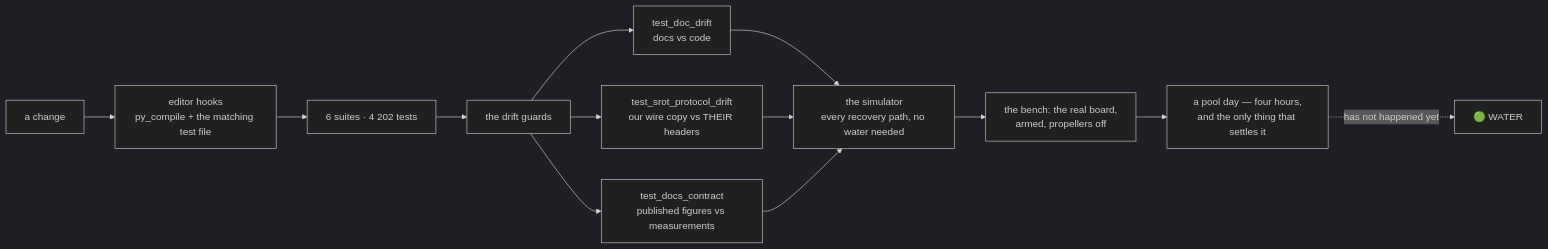
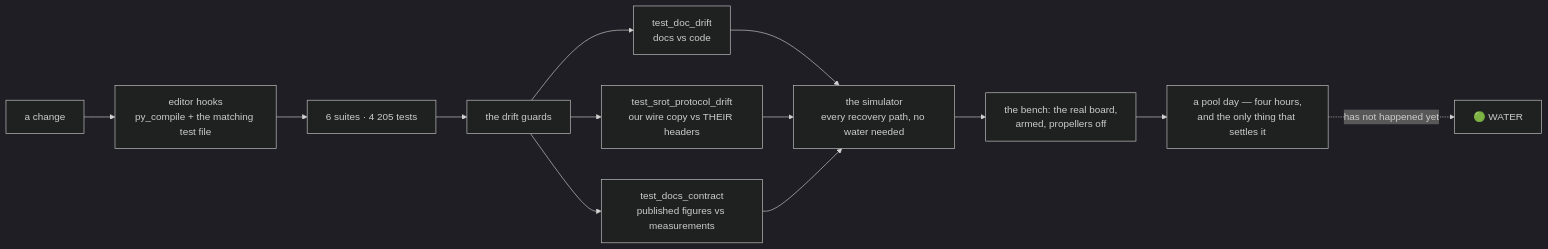
The ninth of 10 diagrams in README.md (fh1m/mongla_ws), drawn with Mermaid (dark theme) before and after one commit. The commit also changed other lines of this file and 3 other files, not shown here.

````diff
--- a/README.md
+++ b/README.md
@@ -752,15 +752,15 @@
 ```mermaid
 flowchart LR
     DEV["a change"] --> HOOK["editor hooks<br/>py_compile + the matching test file"]
-    HOOK --> UNIT["6 suites · 4 202 tests"]
+    HOOK --> UNIT["6 suites · 4 205 tests"]
     UNIT --> GUARD["the drift guards"]
     GUARD --> G1["test_doc_drift<br/>docs vs code"]
     GUARD --> G2["test_srot_protocol_drift<br/>our wire copy vs THEIR headers"]
     GUARD --> G3["test_docs_contract<br/>published figures vs measurements"]
     G1 --> SIM["the simulator<br/>every recovery path, no water needed"]
     G2 --> SIM
     G3 --> SIM
     SIM --> BENCH["the bench: the real board,<br/>armed, propellers off"]
     BENCH --> POOL["a pool day — four hours,<br/>and the only thing that settles it"]
     POOL -.->|"has not happened yet"| WATER["🟢 WATER"]
 ```
````
